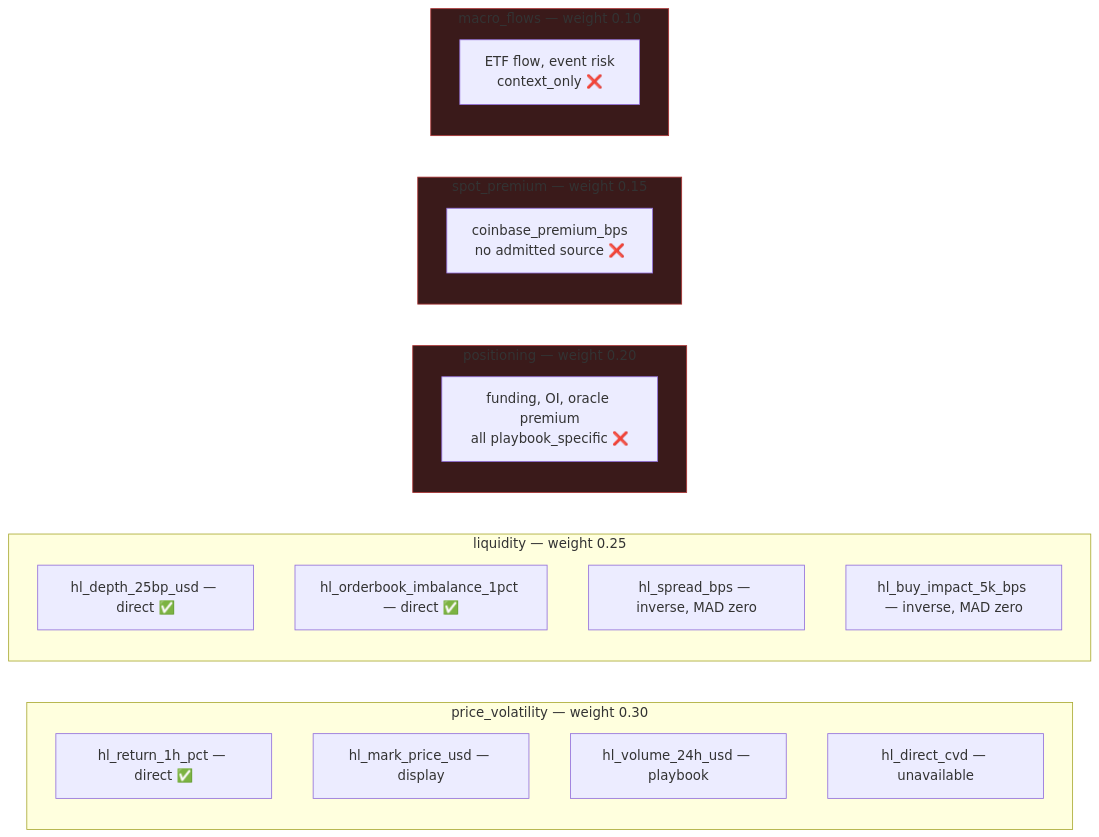
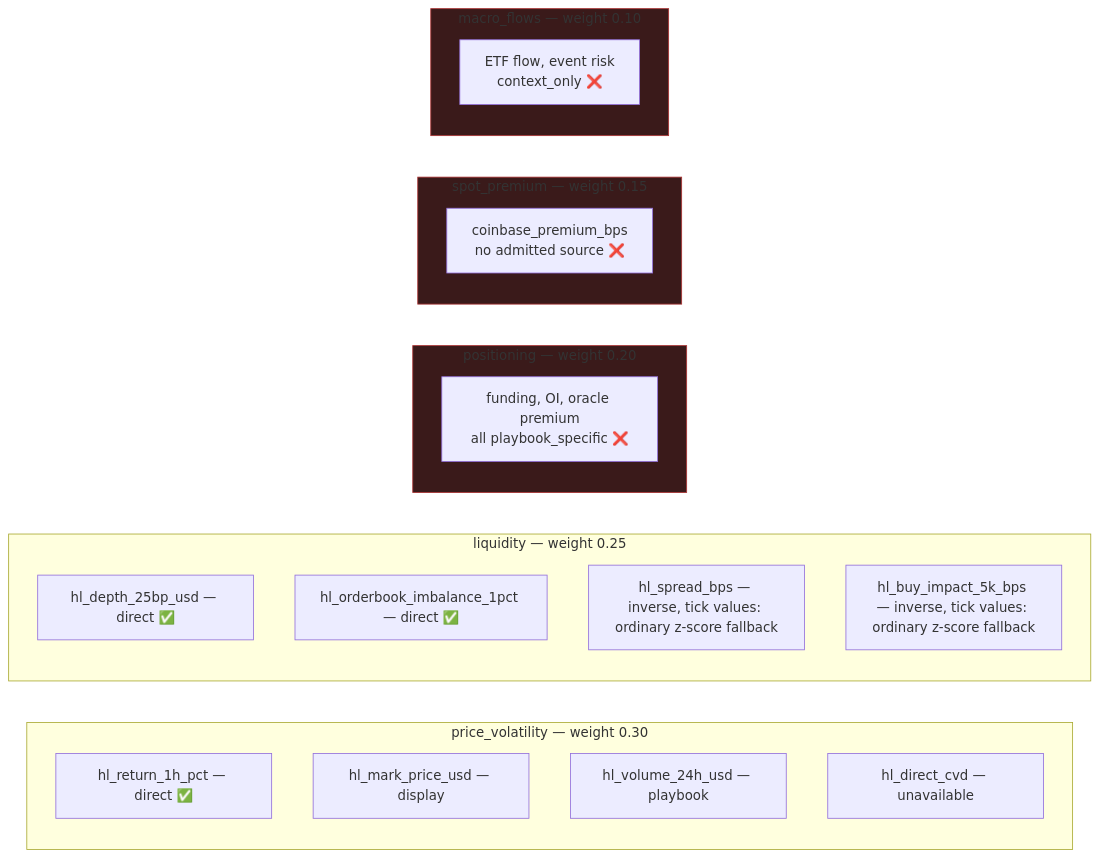
One commit to chasedndt/TradeSync changed the second of 4 diagrams in docs/architecture/FEATURE_AND_REGIME_MATH.md. Above: the diagram before and after it, drawn with Mermaid. The commit also changed other lines of this file and 3 other files, not shown here.

First line of the commit message:
feat(core): tick-valued features fall back to the ordinary z-score when MAD is zero

````diff
--- a/docs/architecture/FEATURE_AND_REGIME_MATH.md
+++ b/docs/architecture/FEATURE_AND_REGIME_MATH.md
@@ -78,28 +82,28 @@
 ```mermaid
 flowchart LR
   subgraph PV["price_volatility — weight 0.30"]
     PV1["hl_return_1h_pct — direct ✅"]
     PV2["hl_mark_price_usd — display"]
     PV3["hl_volume_24h_usd — playbook"]
     PV4["hl_direct_cvd — unavailable"]
   end
   subgraph LQ["liquidity — weight 0.25"]
     LQ1["hl_depth_25bp_usd — direct ✅"]
     LQ2["hl_orderbook_imbalance_1pct — direct ✅"]
-    LQ3["hl_spread_bps — inverse, MAD zero"]
-    LQ4["hl_buy_impact_5k_bps — inverse, MAD zero"]
+    LQ3["hl_spread_bps — inverse, tick values: ordinary z-score fallback"]
+    LQ4["hl_buy_impact_5k_bps — inverse, tick values: ordinary z-score fallback"]
   end
   subgraph PO["positioning — weight 0.20"]
     PO1["funding, OI, oracle premium<br/>all playbook_specific ❌"]
   end
   subgraph SP["spot_premium — weight 0.15"]
     SP1["coinbase_premium_bps<br/>no admitted source ❌"]
   end
   subgraph MF["macro_flows — weight 0.10"]
     MF1["ETF flow, event risk<br/>context_only ❌"]
   end
 
   style PO fill:#3a1a1a,stroke:#a33
   style SP fill:#3a1a1a,stroke:#a33
   style MF fill:#3a1a1a,stroke:#a33
 ```
````
